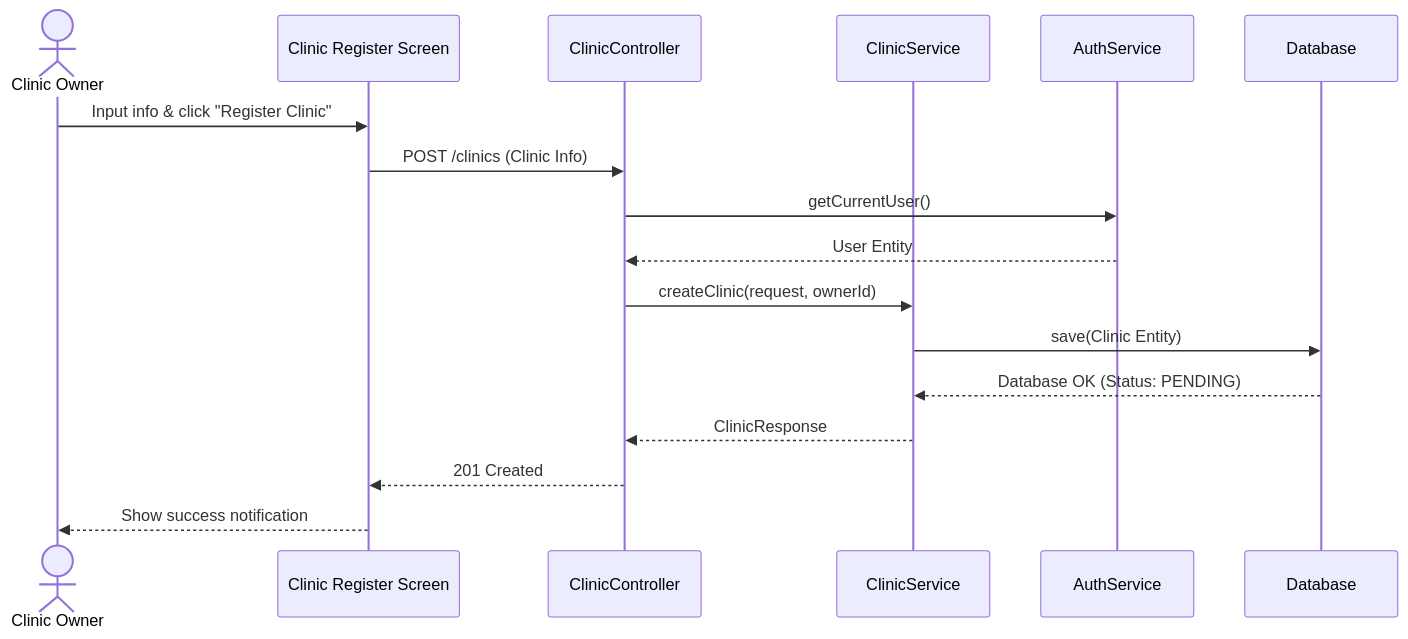
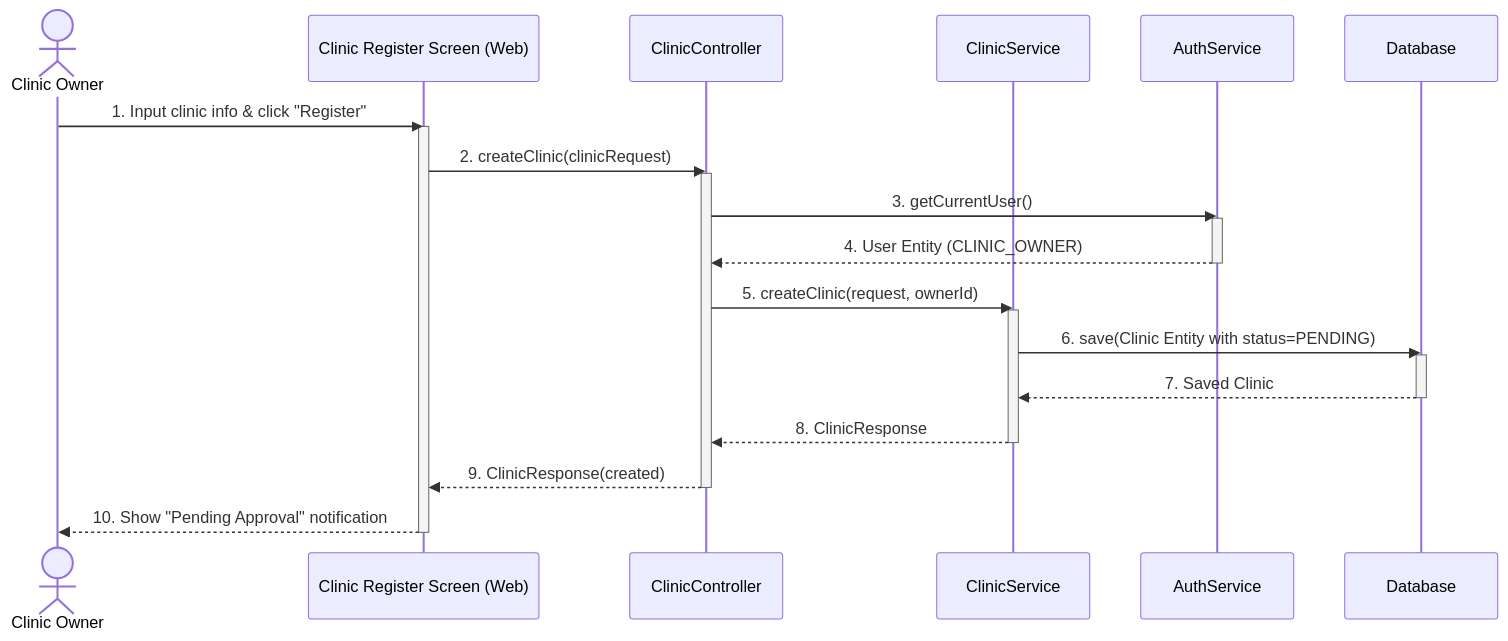
Diagram 13 of 28 in docs-references/documentation/SDD/REPORT_4_SDD_SYSTEM_DESIGN.md (espresso23/Petties-Veterinary-Appointment-Booking-Platform), drawn with Mermaid before and after one commit. The commit also changed other lines of this file and 3 other files, not shown here.

Commit message:
docs: standardize SRS/SDD formats and fix sequence diagram notation

````diff
--- a/docs-references/documentation/SDD/REPORT_4_SDD_SYSTEM_DESIGN.md
+++ b/docs-references/documentation/SDD/REPORT_4_SDD_SYSTEM_DESIGN.md
@@ -991,20 +1199,30 @@
 ```mermaid
 sequenceDiagram
     actor Owner as Clinic Owner
-    participant UI as Clinic Register Screen
+    participant UI as Clinic Register Screen (Web)
     participant CC as ClinicController
     participant CS as ClinicService
     participant AS as AuthService
     participant DB as Database
 
-    Owner->>UI: Input info & click "Register Clinic"
-    UI->>CC: POST /clinics (Clinic Info)
-    CC->>AS: getCurrentUser()
-    AS-->>CC: User Entity
-    CC->>CS: createClinic(request, ownerId)
-    CS->>DB: save(Clinic Entity)
-    DB-->>CS: Database OK (Status: PENDING)
-    CS-->>CC: ClinicResponse
-    CC-->>UI: 201 Created
-    UI-->>Owner: Show success notification
+    Owner->>UI: 1. Input clinic info & click "Register"
+    activate UI
+    UI->>CC: 2. createClinic(clinicRequest)
+    activate CC
+    CC->>AS: 3. getCurrentUser()
+    activate AS
+    AS-->>CC: 4. User Entity (CLINIC_OWNER)
+    deactivate AS
+    CC->>CS: 5. createClinic(request, ownerId)
+    activate CS
+    CS->>DB: 6. save(Clinic Entity with status=PENDING)
+    activate DB
+    DB-->>CS: 7. Saved Clinic
+    deactivate DB
+    CS-->>CC: 8. ClinicResponse
+    deactivate CS
+    CC-->>UI: 9. ClinicResponse(created)
+    deactivate CC
+    UI-->>Owner: 10. Show "Pending Approval" notification
+    deactivate UI
 ```
````
